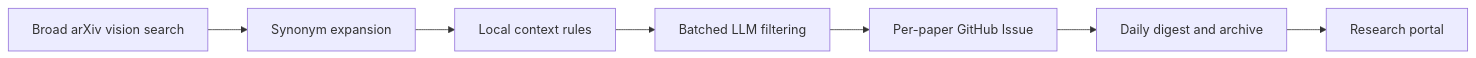
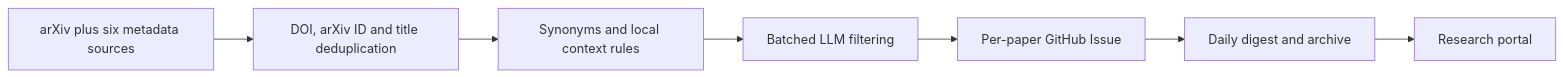
The diagram in README_EN.md (zitalk/PaperClaw), drawn with Mermaid before and after one commit. The commit also changed other lines of this file and 20 other files, not shown here.

````diff
--- a/README_EN.md
+++ b/README_EN.md
@@ -47,9 +47,9 @@
 ```mermaid
 flowchart LR
-    A[Broad arXiv vision search] --> B[Synonym expansion]
-    B --> C[Local context rules]
+    A[arXiv plus six metadata sources] --> B[DOI, arXiv ID and title deduplication]
+    B --> C[Synonyms and local context rules]
     C --> D[Batched LLM filtering]
     D --> E[Per-paper GitHub Issue]
     E --> F[Daily digest and archive]
     F --> G[Research portal]
 ```
````
